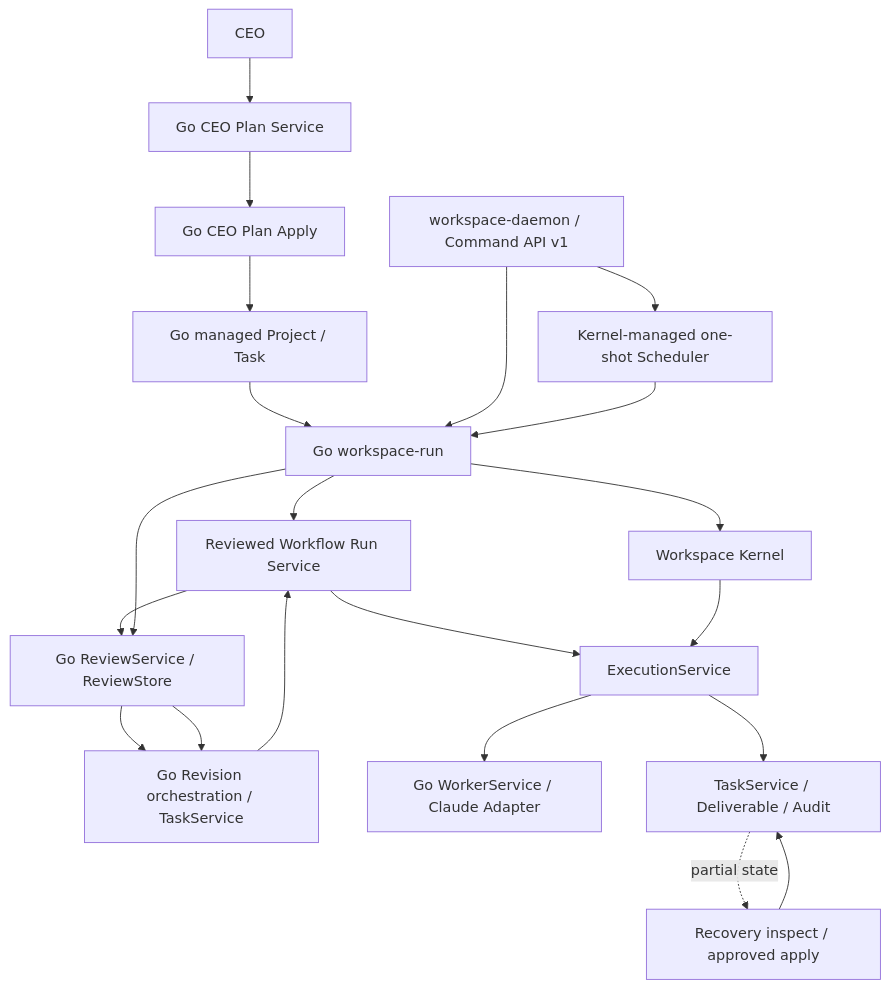
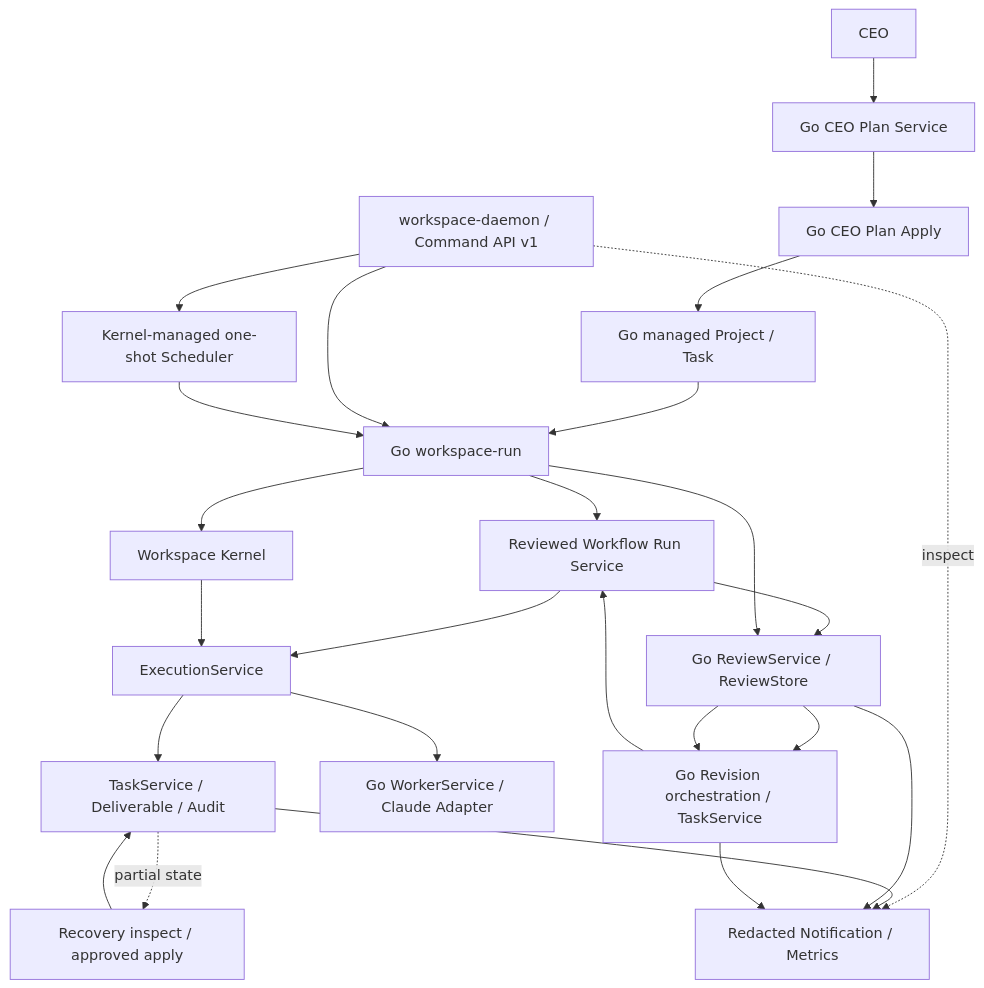
The diagram in docs/architecture.mmd (AkiraShimizu0/WorkCairn), drawn with Mermaid before and after one commit. The commit also changed 33 other files, not shown here.

Commit message:
feat: add redacted notification and metrics observers

```diff
--- a/docs/architecture.mmd
+++ b/docs/architecture.mmd
@@ -1,21 +1,25 @@
 flowchart TD
     CEO["CEO"] --> CEOPlan["Go CEO Plan Service"]
     CEOPlan --> CEOApply["Go CEO Plan Apply"]
     CEOApply --> Managed["Go managed Project / Task"]
     Managed --> Run["Go workspace-run"]
     API["workspace-daemon / Command API v1"] --> Run
     API --> Scheduler["Kernel-managed one-shot Scheduler"]
     Scheduler --> Run
+    API -. inspect .-> Observe["Redacted Notification / Metrics"]
     Run --> WorkflowRun["Reviewed Workflow Run Service"]
     WorkflowRun --> Execution
     WorkflowRun --> Review
     Review --> Revision
     Revision --> WorkflowRun
     Run --> Kernel["Workspace Kernel"]
     Kernel --> Execution["ExecutionService"]
     Execution --> GoWorker["Go WorkerService / Claude Adapter"]
     Execution --> Task["TaskService / Deliverable / Audit"]
+    Task --> Observe
+    Review --> Observe
+    Revision --> Observe
     Task -. partial state .-> Recovery["Recovery inspect / approved apply"]
     Recovery --> Task
     Run --> Review["Go ReviewService / ReviewStore"]
     Review --> Revision["Go Revision orchestration / TaskService"]
```
